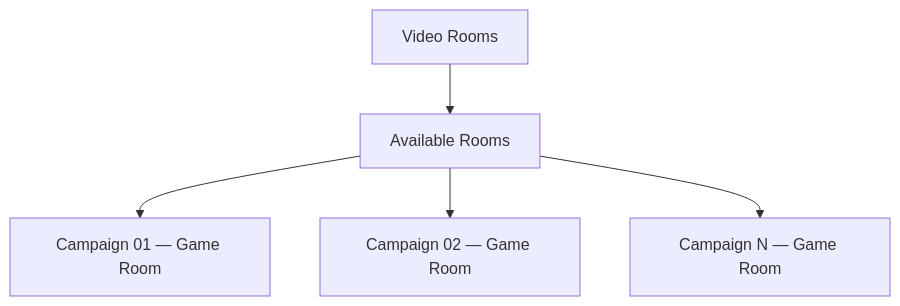
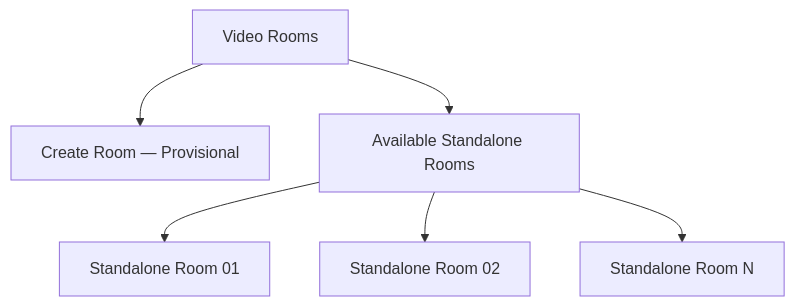
Before and after one commit to Andrey-0101/ttrpg-website: the tenth of 12 diagrams in docs/product/SITE_MAP_TARGET.md, drawn with Mermaid. The commit also changed other lines of this file and 16 other files, not shown here.

First line of the commit message:
Adopt standalone-video-first roadmap (#27)

````diff
--- a/docs/product/SITE_MAP_TARGET.md
+++ b/docs/product/SITE_MAP_TARGET.md
@@ -298,9 +299,10 @@
 ```mermaid
 flowchart TD
     VIDEO_ROOMS["Video Rooms"]
 
-    VIDEO_ROOMS --> AVAILABLE["Available Rooms"]
-    AVAILABLE --> ROOM_01["Campaign 01 — Game Room"]
-    AVAILABLE --> ROOM_02["Campaign 02 — Game Room"]
-    AVAILABLE --> ROOM_N["Campaign N — Game Room"]
+    VIDEO_ROOMS --> CREATE["Create Room — Provisional"]
+    VIDEO_ROOMS --> AVAILABLE["Available Standalone Rooms"]
+    AVAILABLE --> ROOM_01["Standalone Room 01"]
+    AVAILABLE --> ROOM_02["Standalone Room 02"]
+    AVAILABLE --> ROOM_N["Standalone Room N"]
 ```
````
